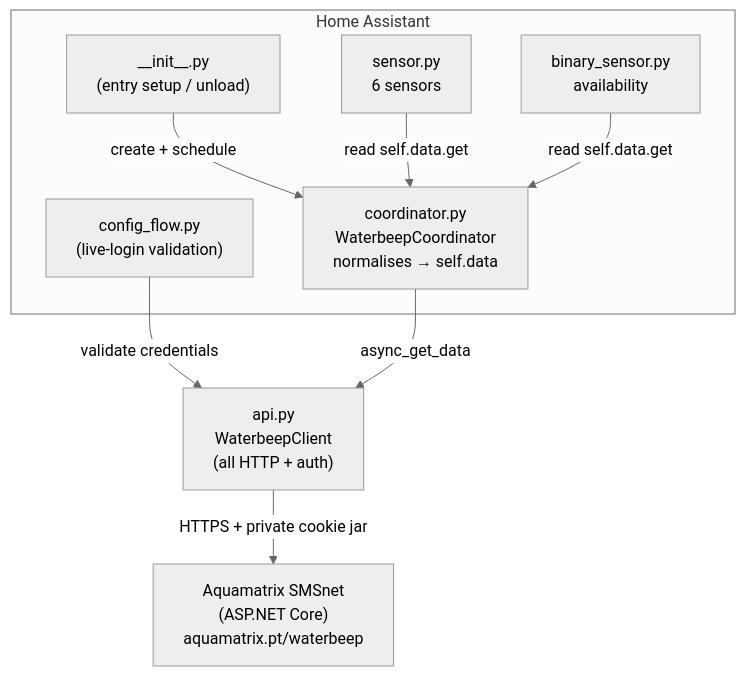
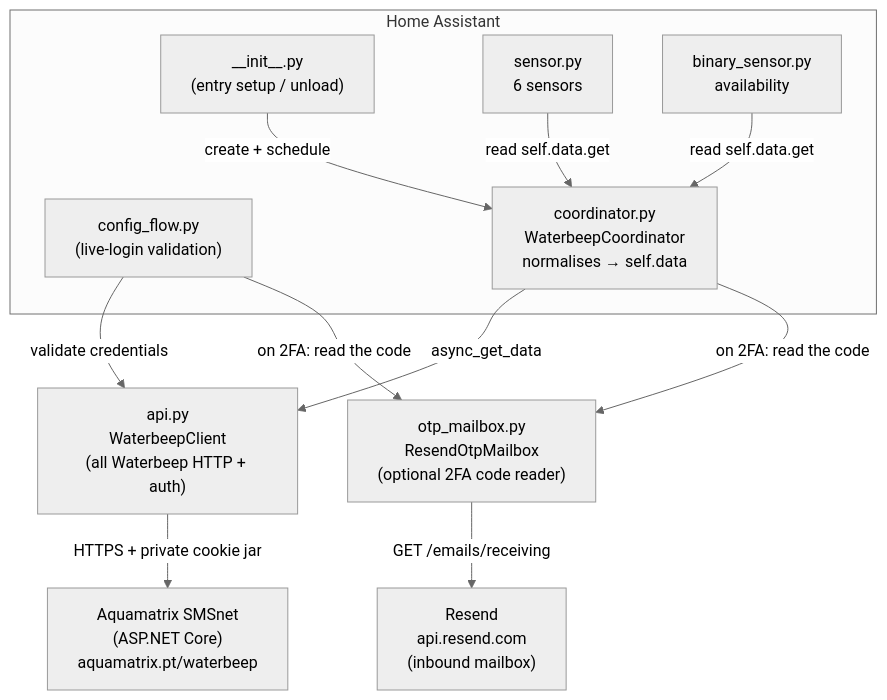
One commit to JoaoPedroBelo/waterbeep-ha changed the first of 4 diagrams in custom_components/waterbeep/docs/ARCHITECTURE.md. Above: the diagram before and after it, drawn with Mermaid (neutral theme). The commit also changed other lines of this file and 16 other files, not shown here.

````diff
--- a/custom_components/waterbeep/docs/ARCHITECTURE.md
+++ b/custom_components/waterbeep/docs/ARCHITECTURE.md
@@ -9,19 +9,24 @@
 ```mermaid
 graph TD
     subgraph HA["Home Assistant"]
         CF["config_flow.py<br/>(live-login validation)"]
         INIT["__init__.py<br/>(entry setup / unload)"]
         COORD["coordinator.py<br/>WaterbeepCoordinator<br/>normalises → self.data"]
         SENS["sensor.py<br/>6 sensors"]
         BIN["binary_sensor.py<br/>availability"]
     end
-    API["api.py<br/>WaterbeepClient<br/>(all HTTP + auth)"]
+    API["api.py<br/>WaterbeepClient<br/>(all Waterbeep HTTP + auth)"]
+    OTP["otp_mailbox.py<br/>ResendOtpMailbox<br/>(optional 2FA code reader)"]
     WB["Aquamatrix SMSnet<br/>(ASP.NET Core)<br/>aquamatrix.pt/waterbeep"]
+    RS["Resend<br/>api.resend.com<br/>(inbound mailbox)"]
 
     CF -->|validate credentials| API
     INIT -->|create + schedule| COORD
     COORD -->|async_get_data| API
     API -->|HTTPS + private cookie jar| WB
+    COORD -->|"on 2FA: read the code"| OTP
+    CF -->|"on 2FA: read the code"| OTP
+    OTP -->|GET /emails/receiving| RS
     SENS -->|read self.data.get| COORD
     BIN -->|read self.data.get| COORD
 ```
````
